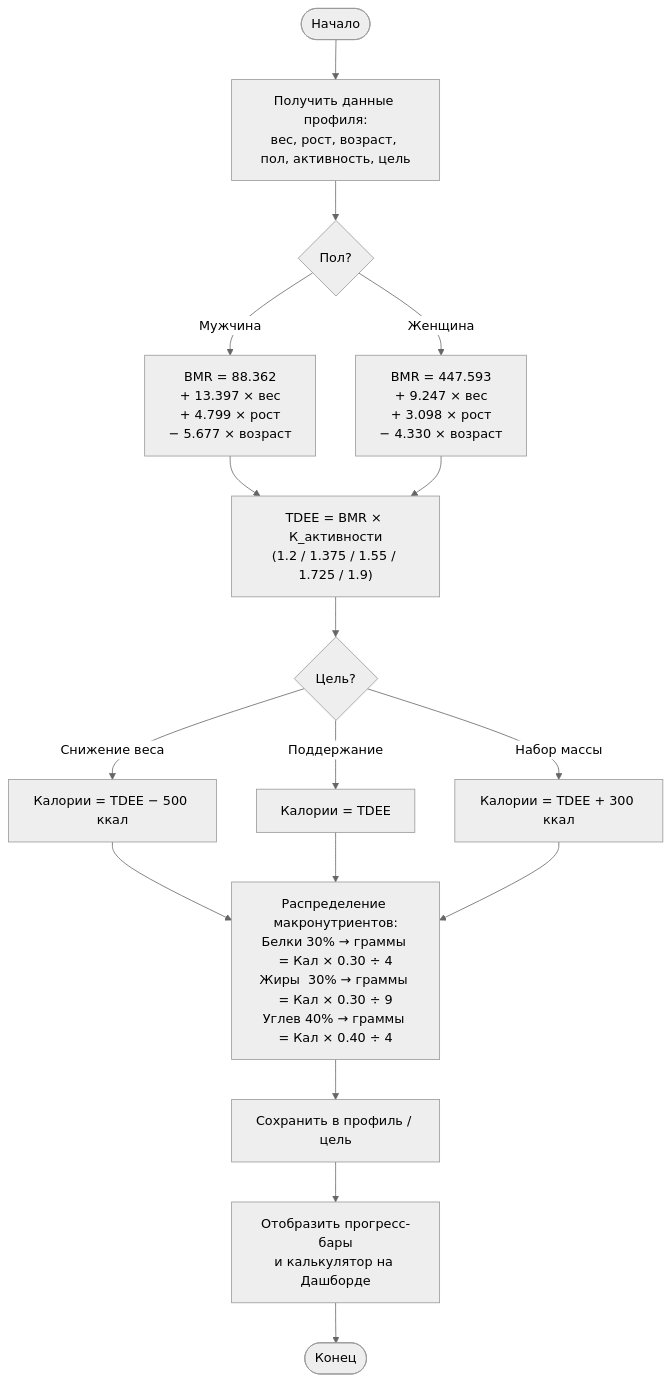
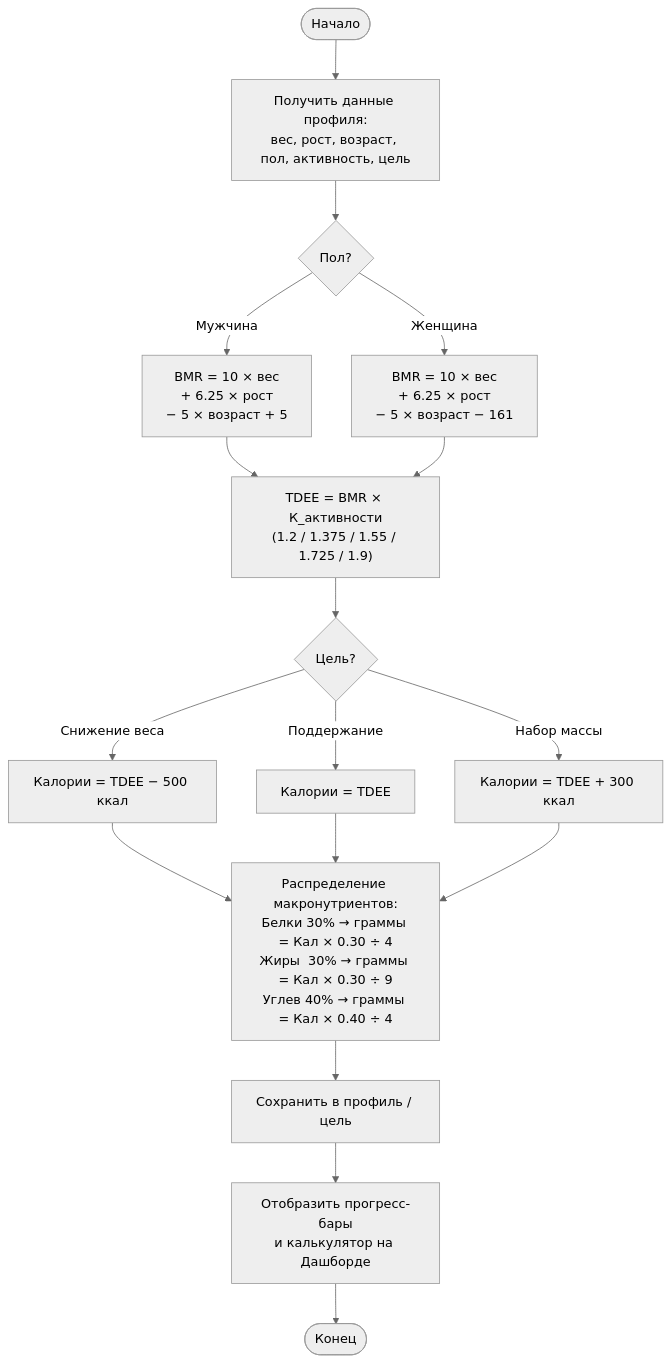
One commit to ogSulem/Fitness-tracker changed the sixth of 6 diagrams in diploma.md. Above: the diagram before and after it, drawn with Mermaid (neutral theme). The commit also changed other lines of this file and 4 other files, not shown here.

````diff
--- a/diploma.md
+++ b/diploma.md
@@ -880,20 +880,20 @@
 ```mermaid
 flowchart TD
     Start([Начало]) --> Input[Получить данные профиля:\nвес, рост, возраст, пол, активность, цель]
     Input --> GenderCheck{Пол?}
-    GenderCheck -->|Мужчина| BMR_M["BMR = 88.362\n+ 13.397 × вес\n+ 4.799 × рост\n− 5.677 × возраст"]
-    GenderCheck -->|Женщина| BMR_F["BMR = 447.593\n+ 9.247 × вес\n+ 3.098 × рост\n− 4.330 × возраст"]
+    GenderCheck -->|Мужчина| BMR_M["BMR = 10 × вес\n+ 6.25 × рост\n− 5 × возраст + 5"]
+    GenderCheck -->|Женщина| BMR_F["BMR = 10 × вес\n+ 6.25 × рост\n− 5 × возраст − 161"]
     BMR_M --> TDEE["TDEE = BMR × К_активности\n(1.2 / 1.375 / 1.55 / 1.725 / 1.9)"]
     BMR_F --> TDEE
     TDEE --> GoalCheck{Цель?}
     GoalCheck -->|Снижение веса| DeficitCal["Калории = TDEE − 500 ккал"]
     GoalCheck -->|Поддержание| MaintCal["Калории = TDEE"]
     GoalCheck -->|Набор массы| SurplusCal["Калории = TDEE + 300 ккал"]
     DeficitCal --> Macros
     MaintCal --> Macros
     SurplusCal --> Macros
     Macros["Распределение макронутриентов:\nБелки 30% → граммы = Кал × 0.30 ÷ 4\nЖиры  30% → граммы = Кал × 0.30 ÷ 9\nУглев 40% → граммы = Кал × 0.40 ÷ 4"]
     Macros --> Save[Сохранить в профиль / цель]
     Save --> Display[Отобразить прогресс-бары\nи калькулятор на Дашборде]
     Display --> End([Конец])
 ```
````
